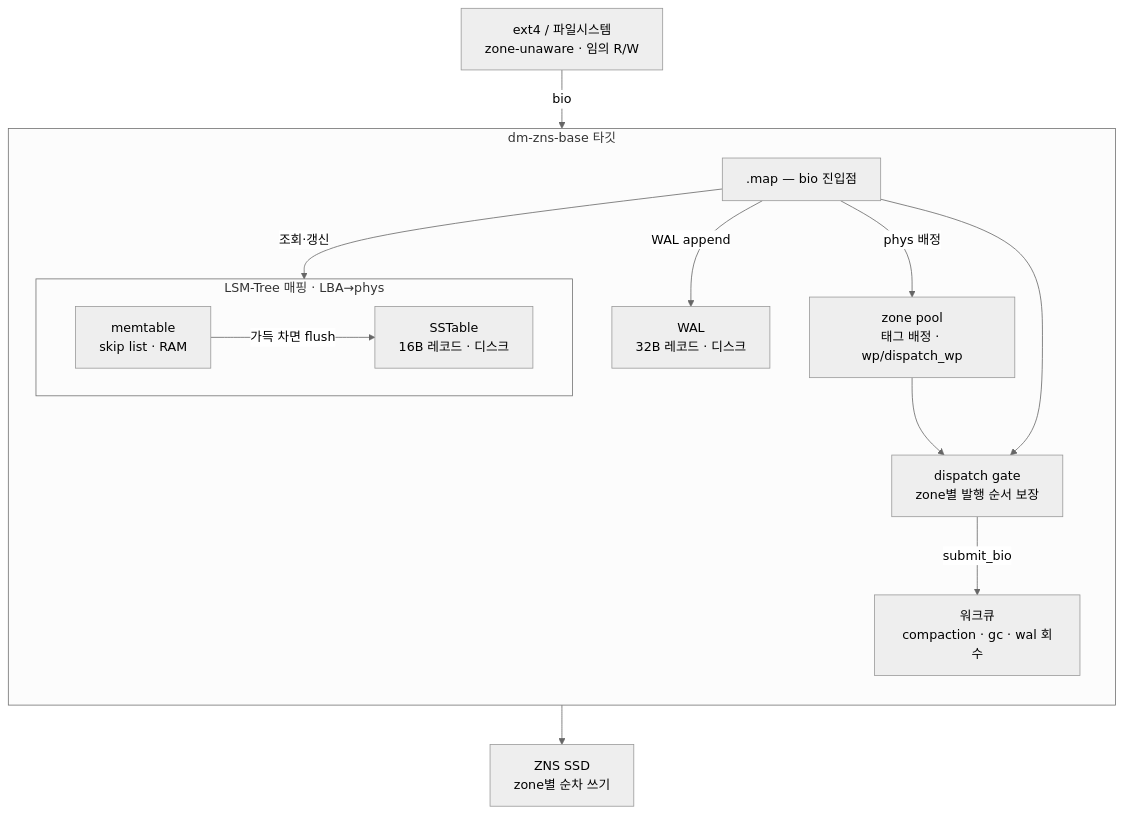
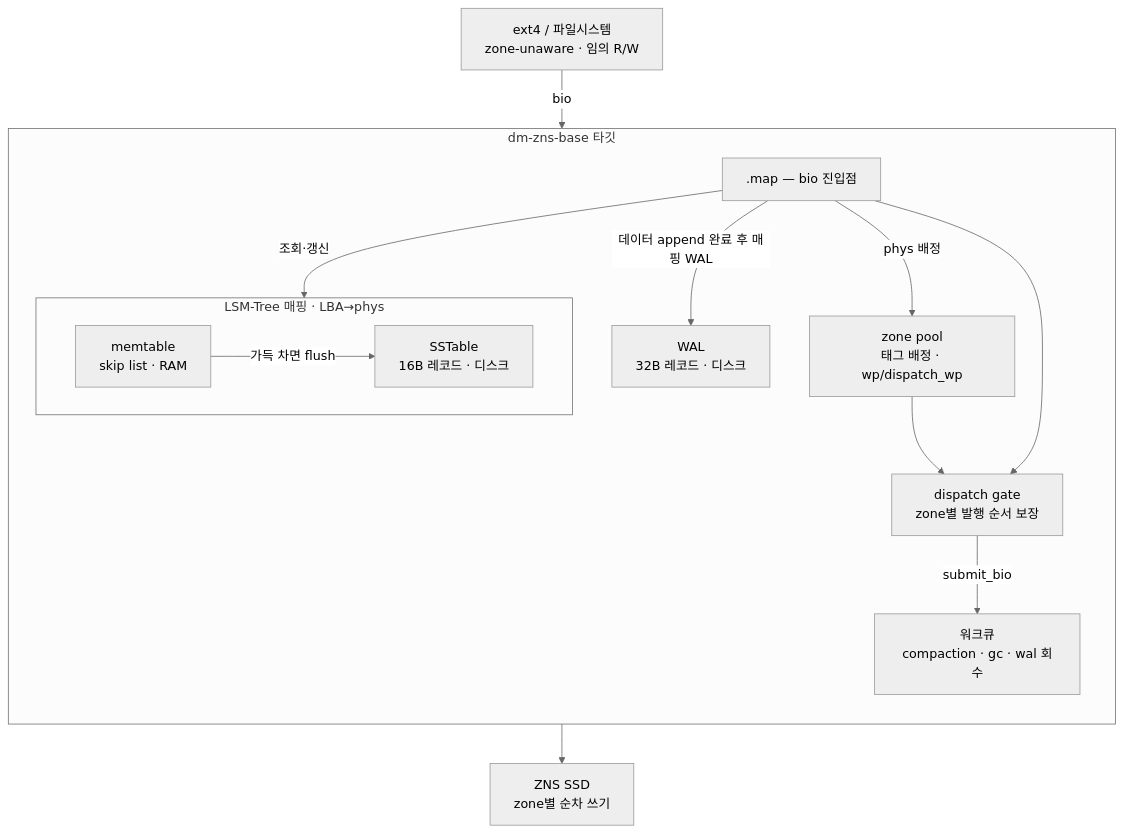
Before and after one commit to ZnsCapstone/dm-zns-base: the first of 3 diagrams in README.md, drawn with Mermaid (neutral theme). The commit also changed other lines of this file, not shown here.

````diff
--- a/README.md
+++ b/README.md
@@ -19,32 +41,32 @@
 ```mermaid
 flowchart TB
     FS["ext4 / 파일시스템<br/>zone-unaware · 임의 R/W"]
 
     subgraph DM["dm-zns-base 타깃"]
         direction TB
         MAP[".map — bio 진입점"]
 
         subgraph MAPPING["LSM-Tree 매핑 · LBA→phys"]
             direction LR
             MT["memtable<br/>skip list · RAM"]
             SST["SSTable<br/>16B 레코드 · 디스크"]
         end
 
         WAL["WAL<br/>32B 레코드 · 디스크"]
         POOL["zone pool<br/>태그 배정 · wp/dispatch_wp"]
         GATE["dispatch gate<br/>zone별 발행 순서 보장"]
         WQ["워크큐<br/>compaction · gc · wal 회수"]
     end
 
     DEV["ZNS SSD<br/>zone별 순차 쓰기"]
 
     FS -->|bio| MAP
     MAP -->|조회·갱신| MT
-    MAP -->|WAL append| WAL
+    MAP -->|데이터 append 완료 후 매핑 WAL| WAL
     MAP -->|phys 배정| POOL
     MT -->|가득 차면 flush| SST
     POOL --> GATE
     MAP --> GATE
     GATE -->|submit_bio| WQ
     WQ --> DEV
 ```
````
